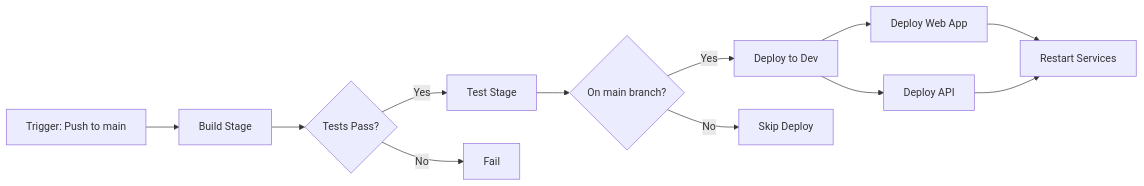
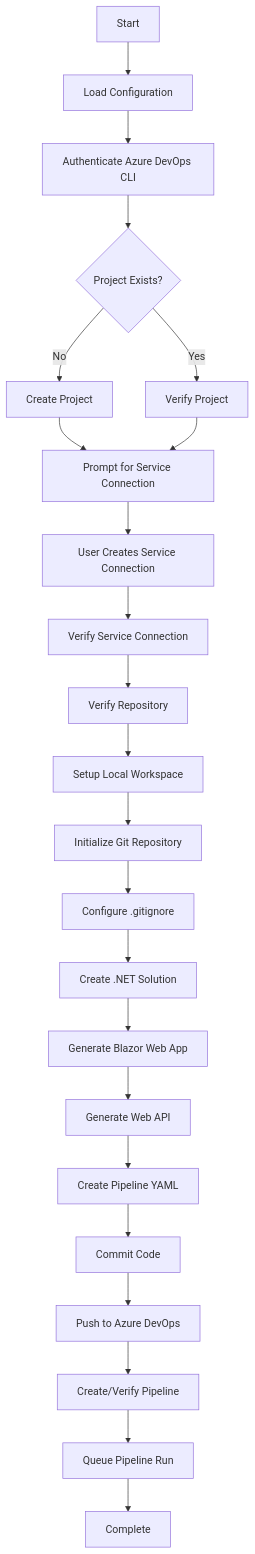
One commit to siyakhumalodev/azdo-cicdbootstrap changed the diagram in README.md. Above: the diagram before and after it, drawn with Mermaid. The commit also changed other lines of this file and 2 other files, not shown here.

Commit message:
Enhance Azure DevOps bootstrapper with local workspace validation and improved error handling for Git operations

````diff
--- a/README.md
+++ b/README.md
@@ -303,15 +161,25 @@
 ```mermaid
-graph LR
-    A[Trigger: Push to main] --> B[Build Stage]
-    B --> C{Tests Pass?}
-    C -->|Yes| D[Test Stage]
-    C -->|No| E[Fail]
-    D --> F{On main branch?}
-    F -->|Yes| G[Deploy to Dev]
-    F -->|No| H[Skip Deploy]
-    G --> I[Deploy Web App]
-    G --> J[Deploy API]
-    I --> K[Restart Services]
-    J --> K
-    
+graph TD
+    A[Start] --> B[Load Configuration]
+    B --> C[Authenticate Azure DevOps CLI]
+    C --> D{Project Exists?}
+    D -->|No| E[Create Project]
+    D -->|Yes| F[Verify Project]
+    E --> G[Prompt for Service Connection]
+    F --> G
+    G --> H[User Creates Service Connection]
+    H --> I[Verify Service Connection]
+    I --> J[Verify Repository]
+    J --> K[Setup Local Workspace]
+    K --> L[Initialize Git Repository]
+    L --> M[Configure .gitignore]
+    M --> N[Create .NET Solution]
+    N --> O[Generate Blazor Web App]
+    O --> P[Generate Web API]
+    P --> Q[Create Pipeline YAML]
+    Q --> R[Commit Code]
+    R --> S[Push to Azure DevOps]
+    S --> T[Create/Verify Pipeline]
+    T --> U[Queue Pipeline Run]
+    U --> V[Complete]
 ```
````
